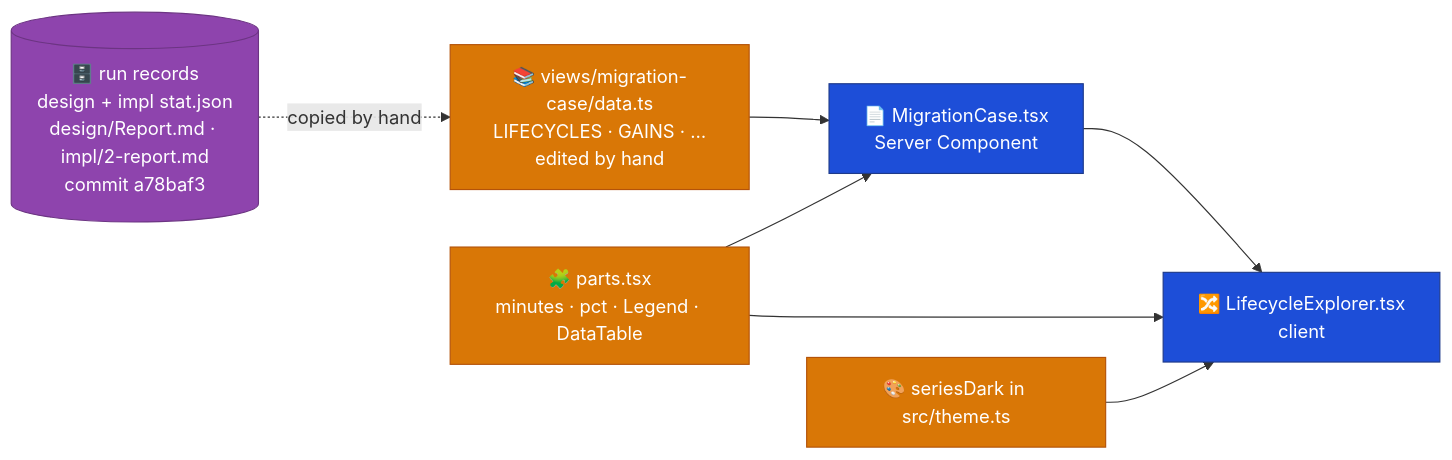
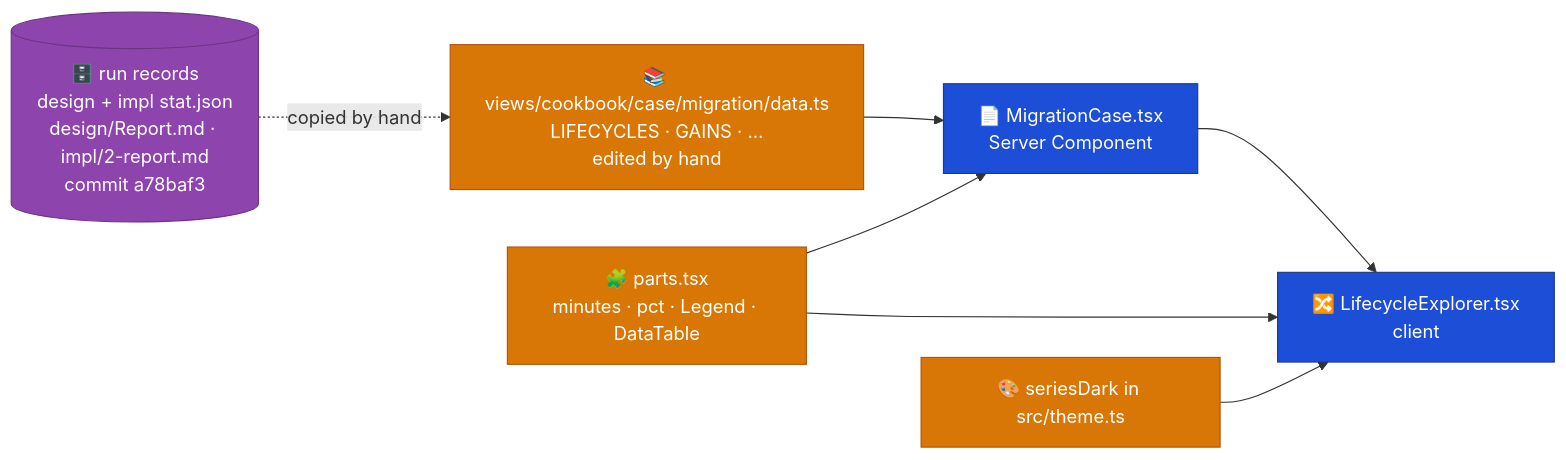
Before and after one commit to DataArt/artisyn-implementation-harness: the third of 3 diagrams in docs/System Architecture (LLD)/Web Explorer/03. Pages and Design System.md, drawn with Mermaid. The commit also changed other lines of this file and 11 other files, not shown here.

````diff
--- a/docs/System Architecture (LLD)/Web Explorer/03. Pages and Design System.md
+++ b/docs/System Architecture (LLD)/Web Explorer/03. Pages and Design System.md
@@ -124,18 +125,18 @@
 ```mermaid
 flowchart LR
     SRC[("🗄️ run records\ndesign + impl stat.json\ndesign/Report.md · impl/2-report.md\ncommit a78baf3")]:::hub
-    DATA["📚 views/migration-case/data.ts\nLIFECYCLES · GAINS · …\nedited by hand"]:::detail
+    DATA["📚 views/cookbook/case/migration/data.ts\nLIFECYCLES · GAINS · …\nedited by hand"]:::detail
     VIEW["📄 MigrationCase.tsx\nServer Component"]:::layout
     LX["🔀 LifecycleExplorer.tsx\nclient"]:::layout
     PARTS["🧩 parts.tsx\nminutes · pct · Legend · DataTable"]:::detail
     PAL["🎨 seriesDark in src/theme.ts"]:::detail
 
     SRC -. "copied by hand" .-> DATA --> VIEW --> LX
     PARTS --> VIEW
     PARTS --> LX
     PAL --> LX
 
     classDef hub    fill:#8E44AD,stroke:#6C3483,color:#fff
     classDef layout fill:#1D4ED8,stroke:#1e3a8a,color:#fff
     classDef detail fill:#D97706,stroke:#B45309,color:#fff
 ```
````
